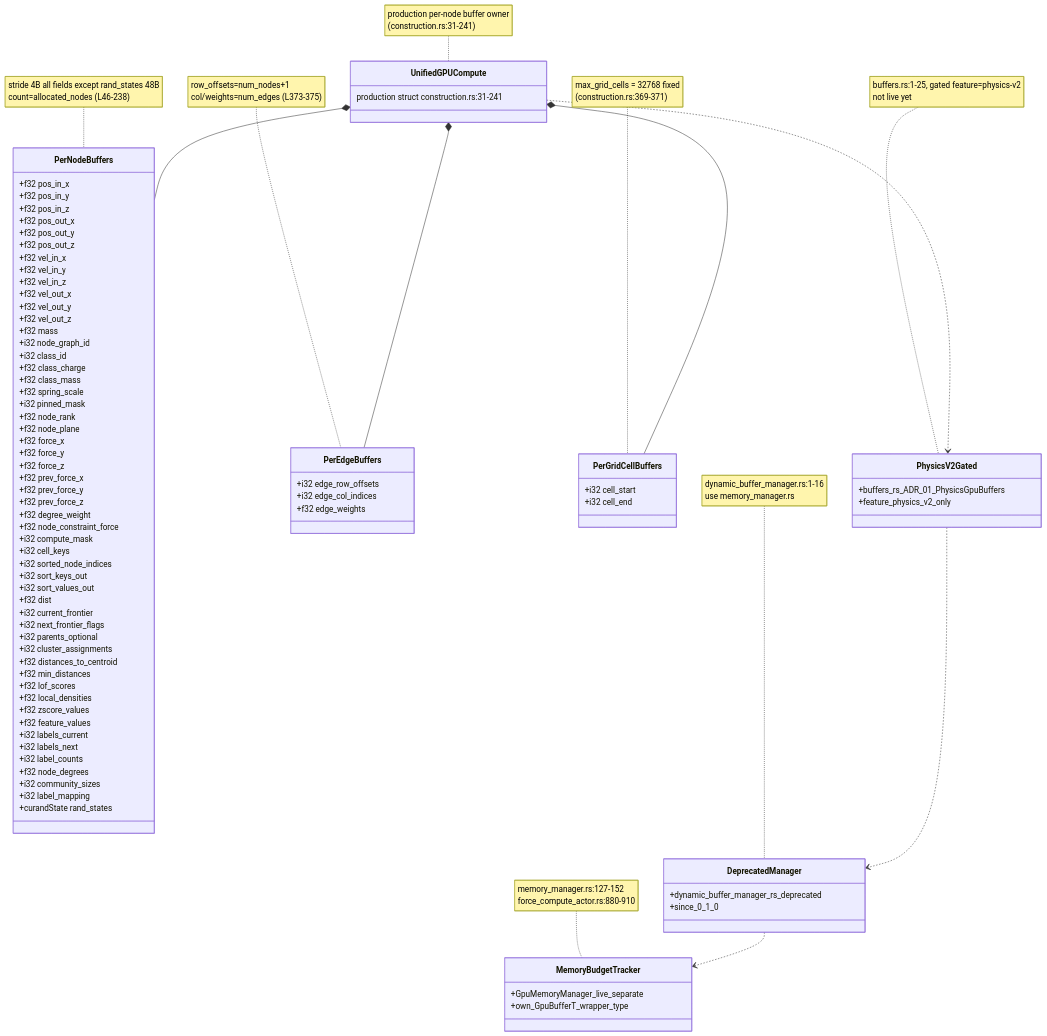
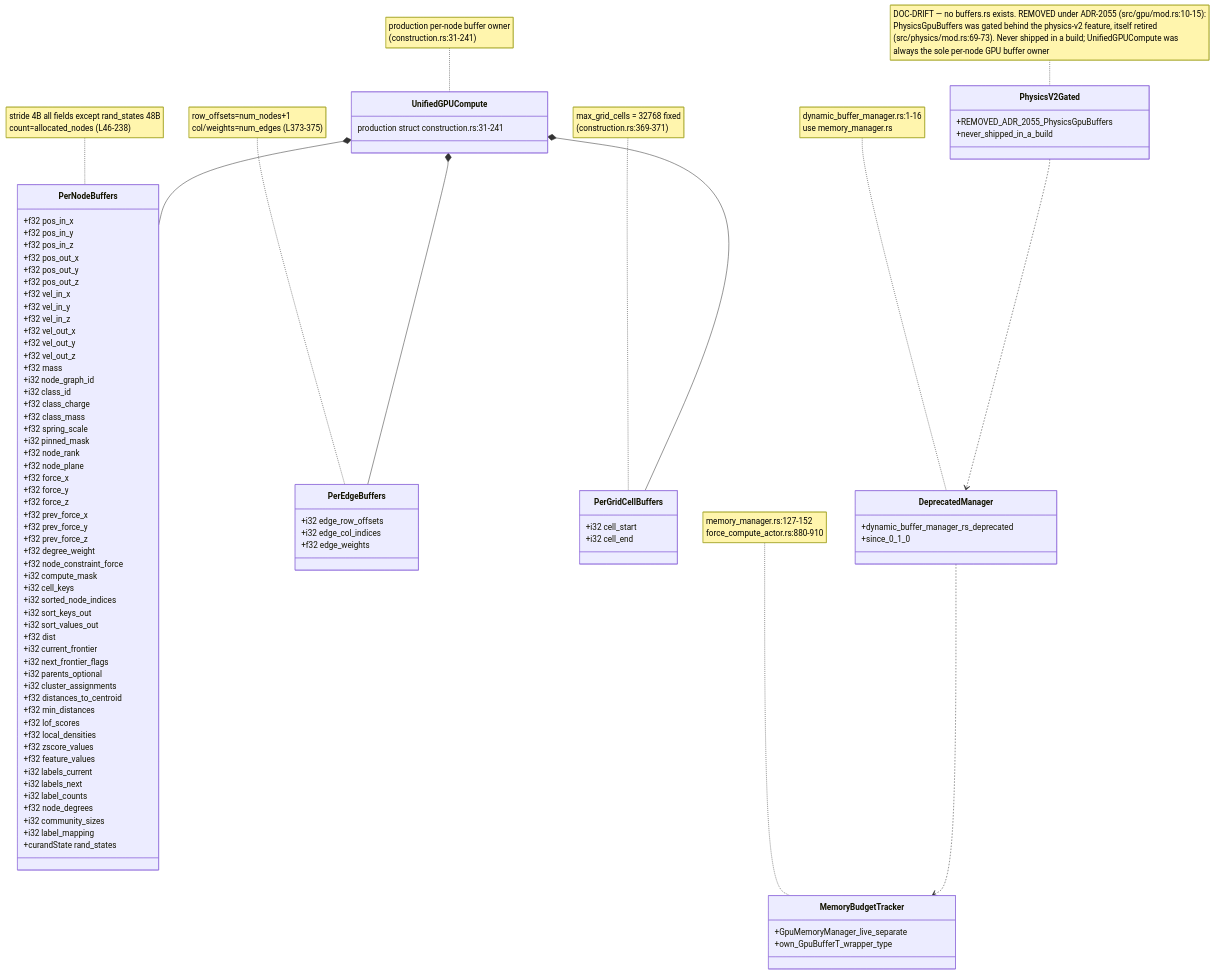
One commit to DreamLab-AI/VisionFlow changed the third of 7 diagrams in docs/diagrams/visionclaw/12-simparams-abi-and-ptx.md. Above: the diagram before and after it, drawn with Mermaid. The commit also changed other lines of this file and 185 other files, not shown here.

Commit message:
docs(estate): reconcile diagrams and ADRs with source and define closeout sprint

````diff
--- a/docs/diagrams/visionclaw/12-simparams-abi-and-ptx.md
+++ b/docs/diagrams/visionclaw/12-simparams-abi-and-ptx.md
@@ -212,8 +214,8 @@
         production struct construction.rs:31-241
     }
     class PhysicsV2Gated {
-        +buffers_rs_ADR_01_PhysicsGpuBuffers
-        +feature_physics_v2_only
+        +REMOVED_ADR_2055_PhysicsGpuBuffers
+        +never_shipped_in_a_build
     }
     class DeprecatedManager {
         +dynamic_buffer_manager_rs_deprecated
@@ -226,7 +228,6 @@
     UnifiedGPUCompute *-- PerNodeBuffers
     UnifiedGPUCompute *-- PerEdgeBuffers
     UnifiedGPUCompute *-- PerGridCellBuffers
-    UnifiedGPUCompute ..> PhysicsV2Gated
     PhysicsV2Gated ..> DeprecatedManager
     DeprecatedManager ..> MemoryBudgetTracker
 
@@ -234,7 +235,7 @@
     note for PerEdgeBuffers "row_offsets=num_nodes+1<br/>col/weights=num_edges (L373-375)"
     note for PerGridCellBuffers "max_grid_cells = 32768 fixed<br/>(construction.rs:369-371)"
     note for UnifiedGPUCompute "production per-node buffer owner<br/>(construction.rs:31-241)"
-    note for PhysicsV2Gated "buffers.rs:1-25, gated feature=physics-v2<br/>not live yet"
+    note for PhysicsV2Gated "DOC-DRIFT — no buffers.rs exists. REMOVED under ADR-2055 (src/gpu/mod.rs:10-15):<br/>PhysicsGpuBuffers was gated behind the physics-v2 feature, itself retired<br/>(src/physics/mod.rs:69-73). Never shipped in a build; UnifiedGPUCompute was<br/>always the sole per-node GPU buffer owner"
     note for DeprecatedManager "dynamic_buffer_manager.rs:1-16<br/>use memory_manager.rs"
     note for MemoryBudgetTracker "memory_manager.rs:127-152<br/>force_compute_actor.rs:880-910"
 ```
````
